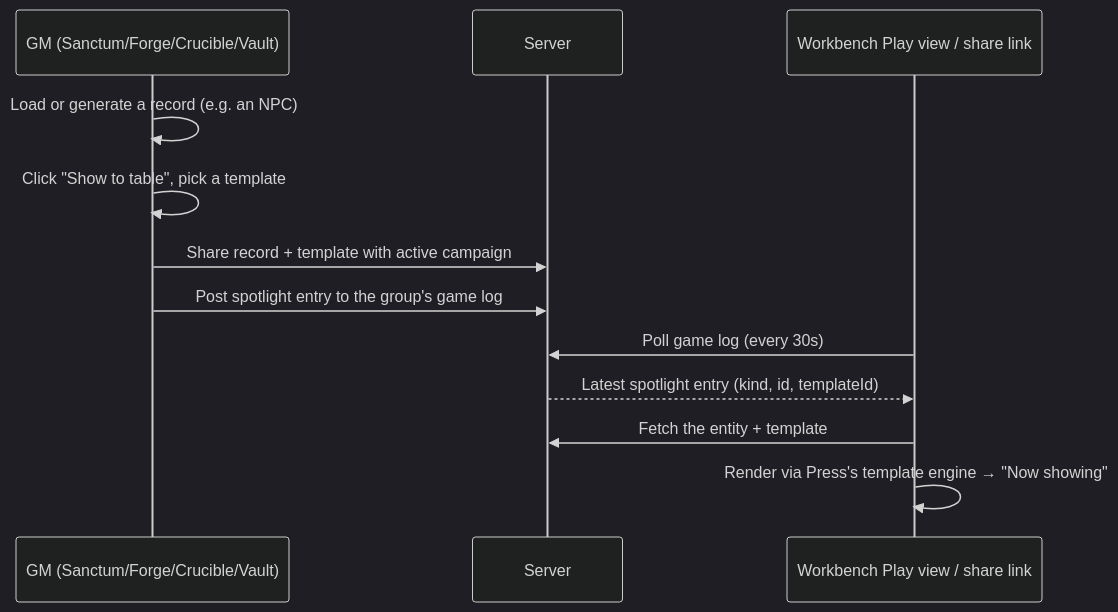
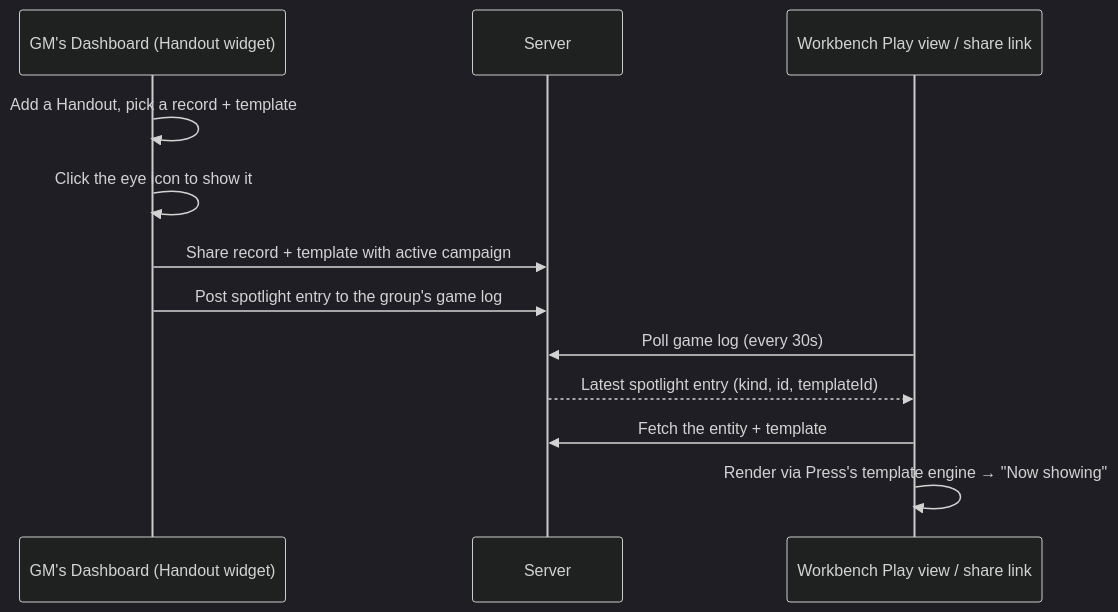
One commit to wrightmat/wrightmat.github.io changed the diagram in undercroft/README.md. Above: the diagram before and after it, drawn with Mermaid (dark theme). The commit also changed other lines of this file and 149 other files, not shown here.

````diff
--- a/undercroft/README.md
+++ b/undercroft/README.md
@@ -129,15 +133,15 @@
 ```mermaid
 sequenceDiagram
-    participant GM as GM (Sanctum/Forge/Crucible/Vault)
+    participant GM as GM's Dashboard (Handout widget)
     participant Server
     participant Table as Workbench Play view / share link
 
-    GM->>GM: Load or generate a record (e.g. an NPC)
-    GM->>GM: Click "Show to table", pick a template
+    GM->>GM: Add a Handout, pick a record + template
+    GM->>GM: Click the eye icon to show it
     GM->>Server: Share record + template with active campaign
     GM->>Server: Post spotlight entry to the group's game log
     Table->>Server: Poll game log (every 30s)
     Server-->>Table: Latest spotlight entry (kind, id, templateId)
     Table->>Server: Fetch the entity + template
     Table->>Table: Render via Press's template engine → "Now showing"
 ```
````
